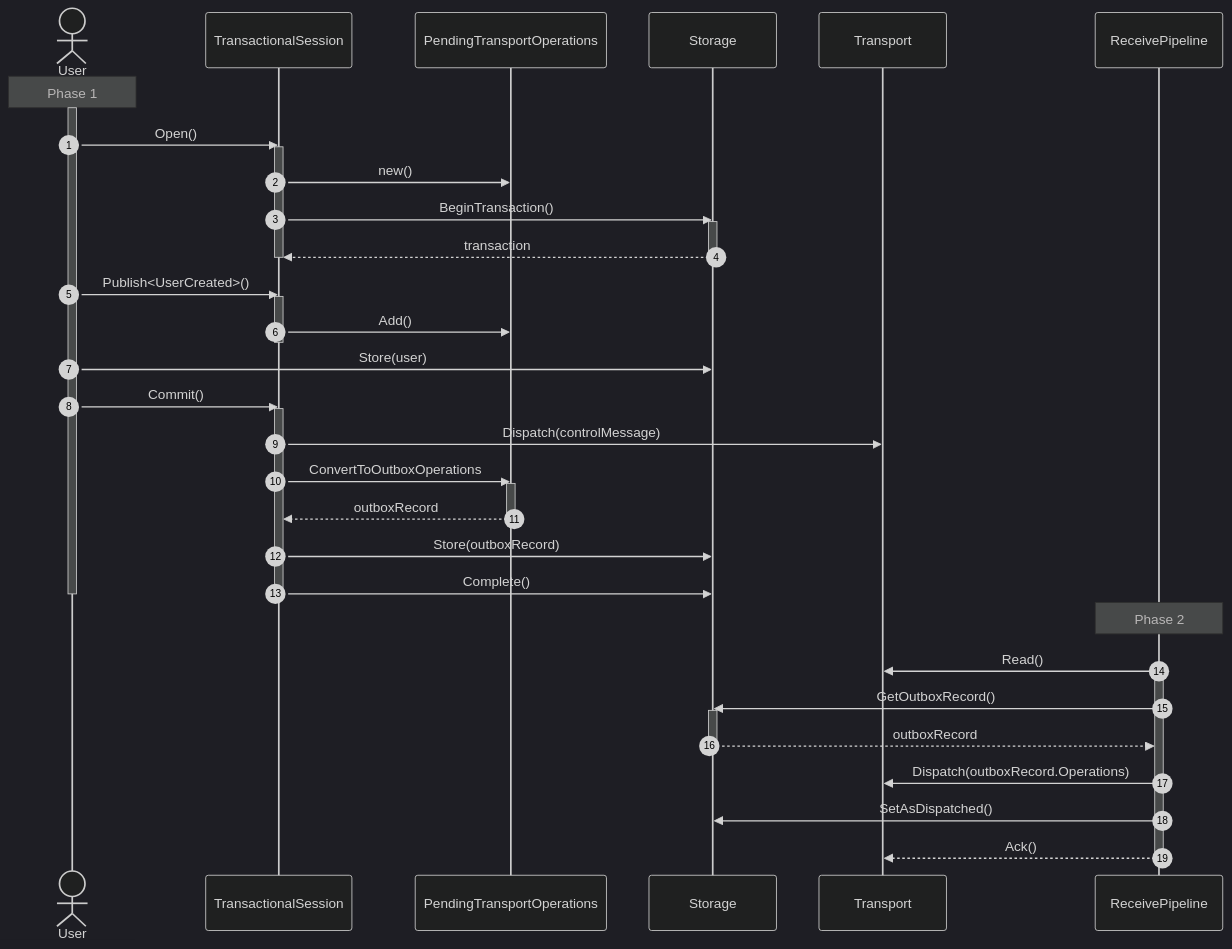
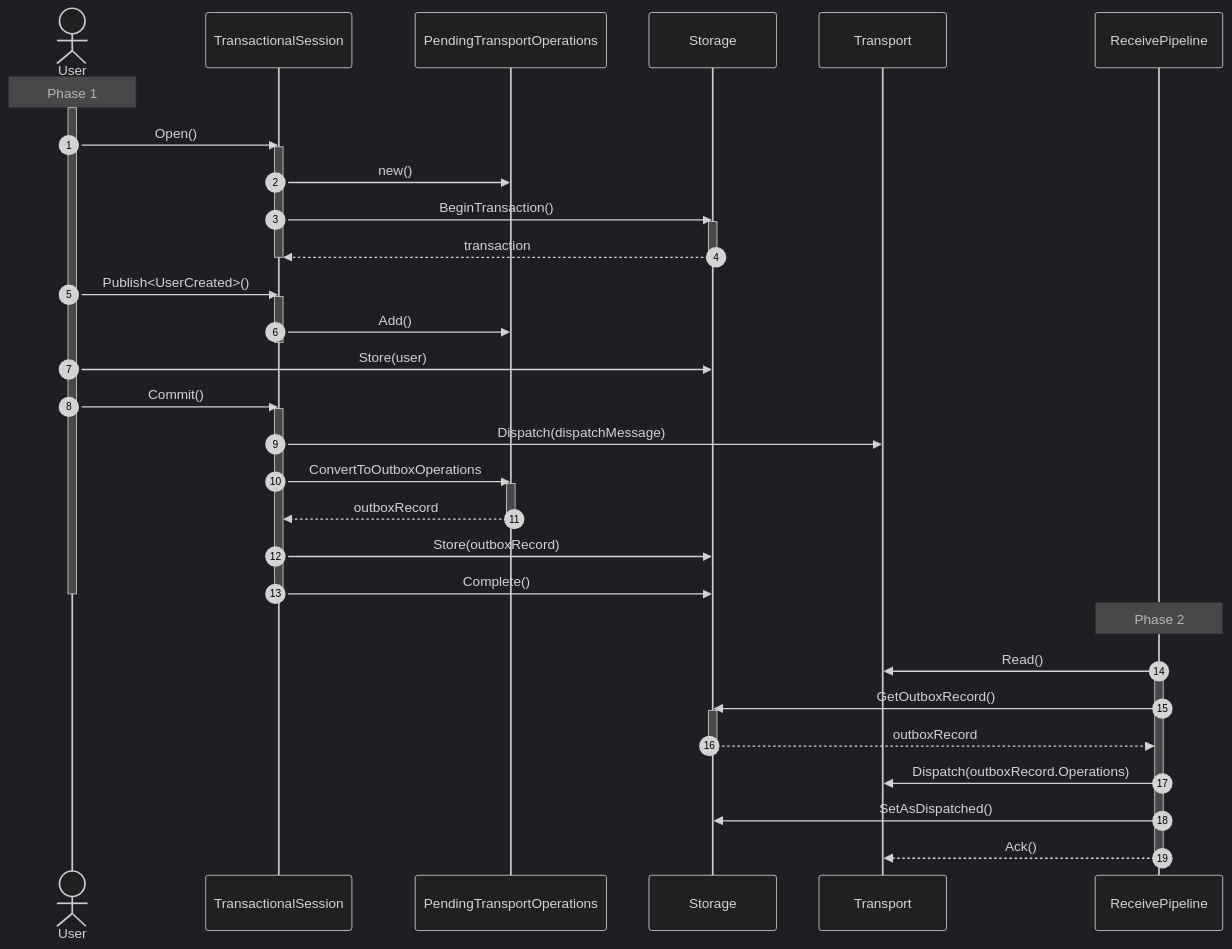
One commit to Particular/docs.particular.net changed the diagram in nservicebus/transactional-session/index.md. Above: the diagram before and after it, drawn with Mermaid (dark theme).

Commit message:
Update Transactional Session diagram - replace "controlMessage" with "dispatchMessage"

````diff
--- a/nservicebus/transactional-session/index.md
+++ b/nservicebus/transactional-session/index.md
@@ -107,47 +107,47 @@
 ```mermaid
 sequenceDiagram
     actor User
     autonumber
     Note over User: Phase 1
     activate User
     User->>TransactionalSession: Open()
     activate TransactionalSession
     TransactionalSession->>PendingTransportOperations: new()
     TransactionalSession->>Storage: BeginTransaction()
     activate Storage
     Storage-->>TransactionalSession: transaction
     deactivate Storage
     deactivate TransactionalSession
 
     User->>TransactionalSession: Publish<UserCreated>()
     activate TransactionalSession
     TransactionalSession->>PendingTransportOperations: Add()
     deactivate TransactionalSession
     activate TransactionalSession
     deactivate TransactionalSession
     User->>Storage: Store(user)
 
     User->>TransactionalSession: Commit()
     activate TransactionalSession
-    TransactionalSession->>Transport: Dispatch(controlMessage)
+    TransactionalSession->>Transport: Dispatch(dispatchMessage)
     TransactionalSession->>PendingTransportOperations: ConvertToOutboxOperations
     activate PendingTransportOperations
     PendingTransportOperations-->>TransactionalSession: outboxRecord
     deactivate PendingTransportOperations
     TransactionalSession->>Storage: Store(outboxRecord)
     TransactionalSession->>Storage: Complete()
     deactivate TransactionalSession
     deactivate User
 
     Note over ReceivePipeline: Phase 2
     ReceivePipeline->>Transport: Read()
     activate ReceivePipeline
     ReceivePipeline->>Storage: GetOutboxRecord()
     activate Storage
     Storage-->>ReceivePipeline: outboxRecord
     deactivate Storage
     ReceivePipeline->>Transport: Dispatch(outboxRecord.Operations)
     ReceivePipeline->>Storage: SetAsDispatched()
     ReceivePipeline-->>Transport: Ack()
     deactivate ReceivePipeline
 ```
````
